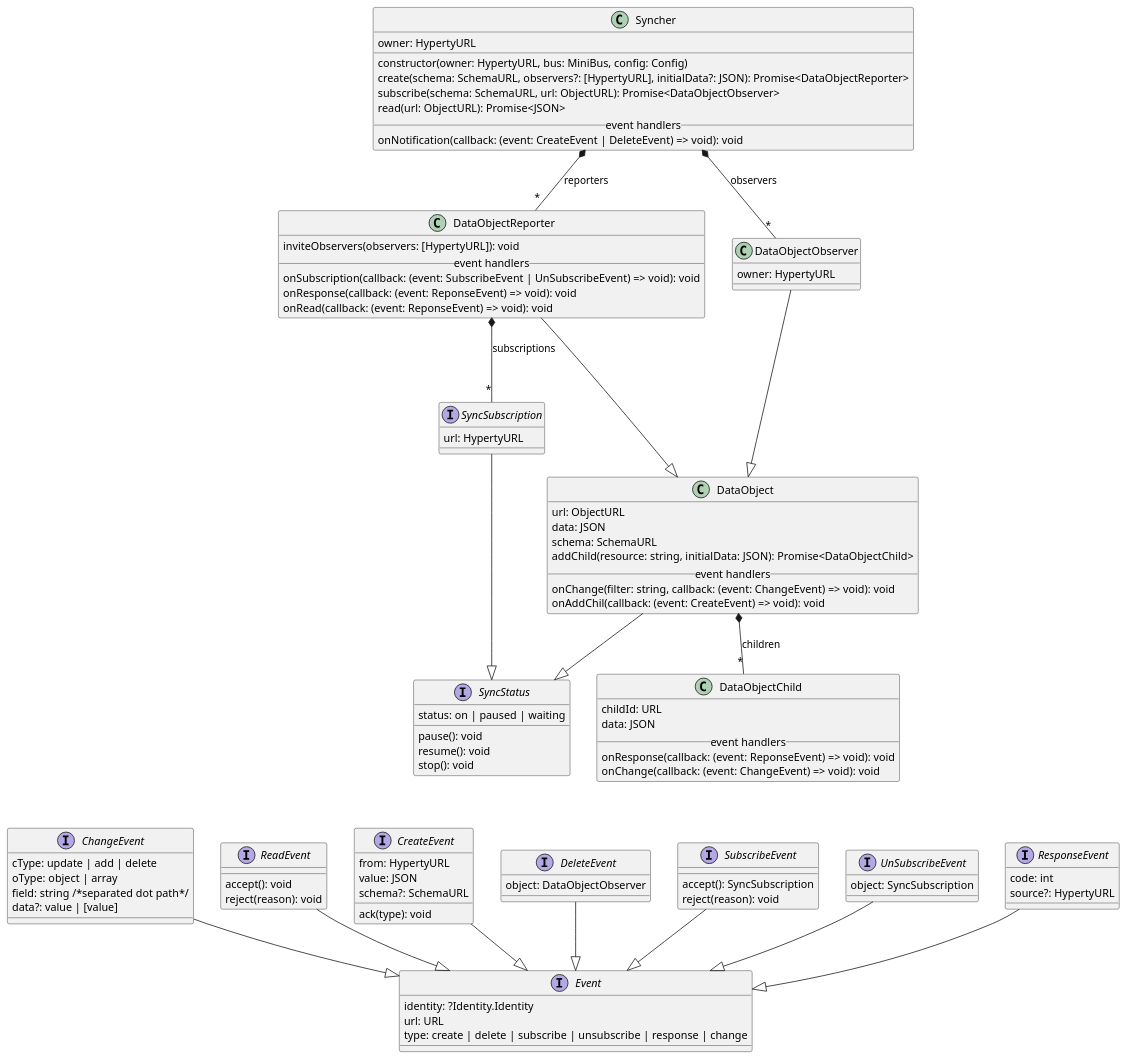
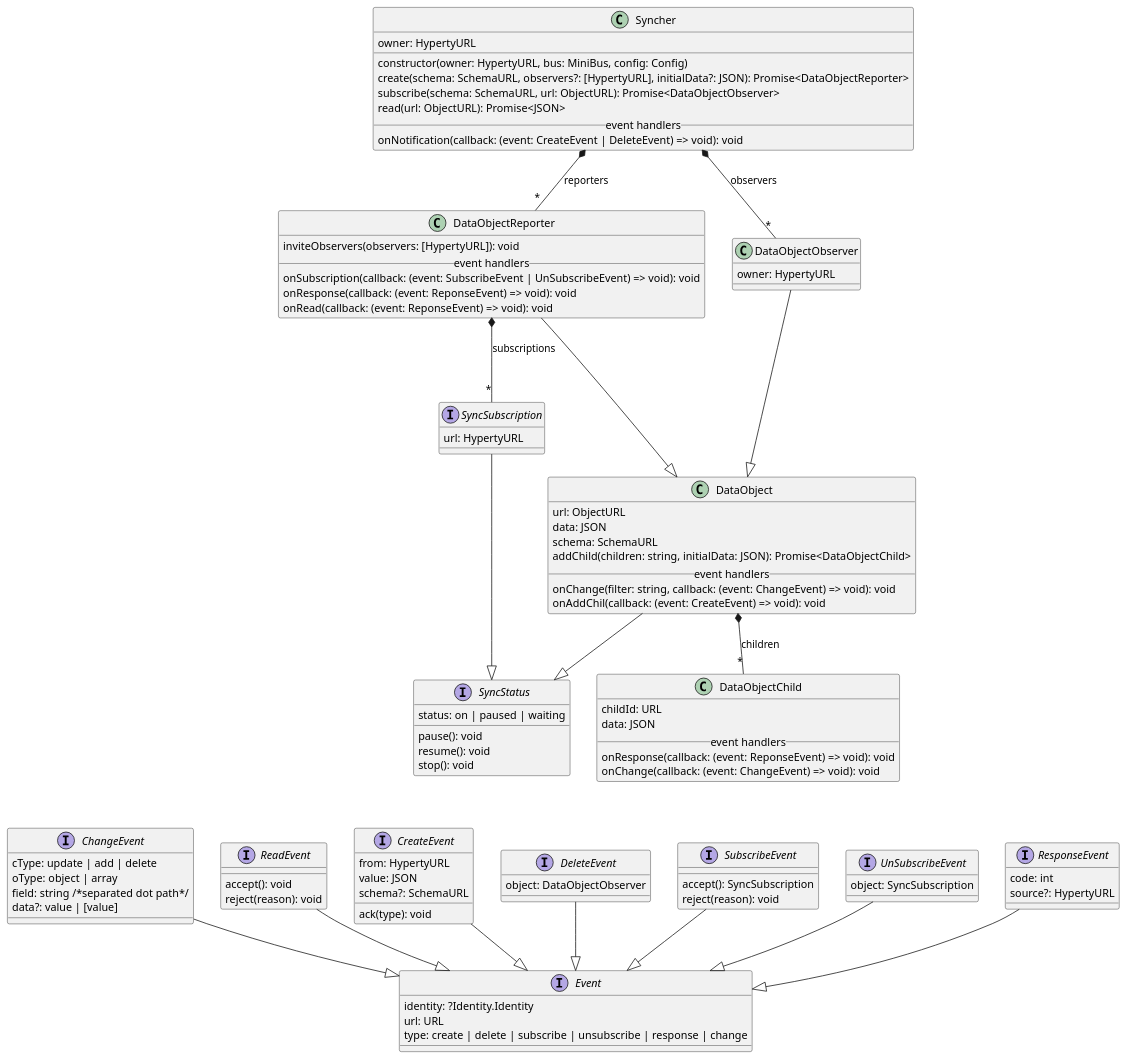
One commit to reTHINK-project/dev-service-framework changed the diagram in docs/specs/service-framework/SyncherAPI.puml. Above: the diagram before and after it, drawn with PlantUML. The commit also changed 3 other files, not shown here.

Commit message:
Syncher: renamed "resource" parameter of DataObject.addChild to "children"

```diff
--- a/docs/specs/service-framework/SyncherAPI.puml
+++ b/docs/specs/service-framework/SyncherAPI.puml
@@ -1,125 +1,125 @@
 @startuml
 
 interface SyncSubscription {
   url: HypertyURL
 }
 
 interface SyncStatus {
   status: on | paused | waiting
   pause(): void
   resume(): void
   stop(): void
 }
 
 class Syncher {
   owner: HypertyURL
   __
   constructor(owner: HypertyURL, bus: MiniBus, config: Config)
   create(schema: SchemaURL, observers?: [HypertyURL], initialData?: JSON): Promise<DataObjectReporter>
   subscribe(schema: SchemaURL, url: ObjectURL): Promise<DataObjectObserver>
   read(url: ObjectURL): Promise<JSON>
   __ event handlers __
   onNotification(callback: (event: CreateEvent | DeleteEvent) => void): void
 }
 
 class DataObject {
   url: ObjectURL
   data: JSON
   schema: SchemaURL
-  addChild(resource: string, initialData: JSON): Promise<DataObjectChild>
+  addChild(children: string, initialData: JSON): Promise<DataObjectChild>
   __ event handlers __
   onChange(filter: string, callback: (event: ChangeEvent) => void): void
   onAddChil(callback: (event: CreateEvent) => void): void
 }
 
 class DataObjectChild {
   childId: URL
   data: JSON
   __ event handlers __
   onResponse(callback: (event: ReponseEvent) => void): void
   onChange(callback: (event: ChangeEvent) => void): void
 }
 
 class DataObjectReporter {
   inviteObservers(observers: [HypertyURL]): void
   __ event handlers __
   onSubscription(callback: (event: SubscribeEvent | UnSubscribeEvent) => void): void
   onResponse(callback: (event: ReponseEvent) => void): void
   onRead(callback: (event: ReponseEvent) => void): void
 }
 
 class DataObjectObserver {
   owner: HypertyURL
 }
 
 interface Event {
   identity: ?Identity.Identity
   url: URL
   type: create | delete | subscribe | unsubscribe | response | change
 }
 
 interface CreateEvent {
   from: HypertyURL
   value: JSON
   schema?: SchemaURL
   ack(type): void
 }
 
 interface DeleteEvent {
   object: DataObjectObserver
 }
 
 interface SubscribeEvent {
   accept(): SyncSubscription
   reject(reason): void
 }
 
 interface UnSubscribeEvent {
   object: SyncSubscription
 }
 
 interface ResponseEvent {
   code: int
   source?: HypertyURL
 }
 
 interface ChangeEvent {
   cType: update | add | delete
   oType: object | array
   field: string /*separated dot path*/
   data?: value | [value]
 }
 
 interface ReadEvent {
   accept(): void
   reject(reason): void
 }
 
 CreateEvent --|> Event
 DeleteEvent --|> Event
 SubscribeEvent --|> Event
 UnSubscribeEvent --|> Event
 ResponseEvent --|> Event
 ChangeEvent --|> Event
 ReadEvent --|> Event
 
 SyncSubscription --|> SyncStatus
 
 DataObject --|> SyncStatus
 DataObject *--"*" DataObjectChild:children
 
 DataObjectObserver ---|> DataObject
 
 DataObjectReporter ---|> DataObject
 DataObjectReporter *--"*" SyncSubscription:subscriptions
 
 Syncher *--"*" DataObjectReporter:reporters
 Syncher *--"*" DataObjectObserver:observers
 
 DataObjectChild -[hidden]down- DeleteEvent
 DataObjectChild -[hidden]down- CreateEvent
 DataObjectChild -[hidden]down- SubscribeEvent
 DataObjectChild -[hidden]down- UnSubscribeEvent
 DataObjectChild -[hidden]down- ResponseEvent
 
 @enduml
```
